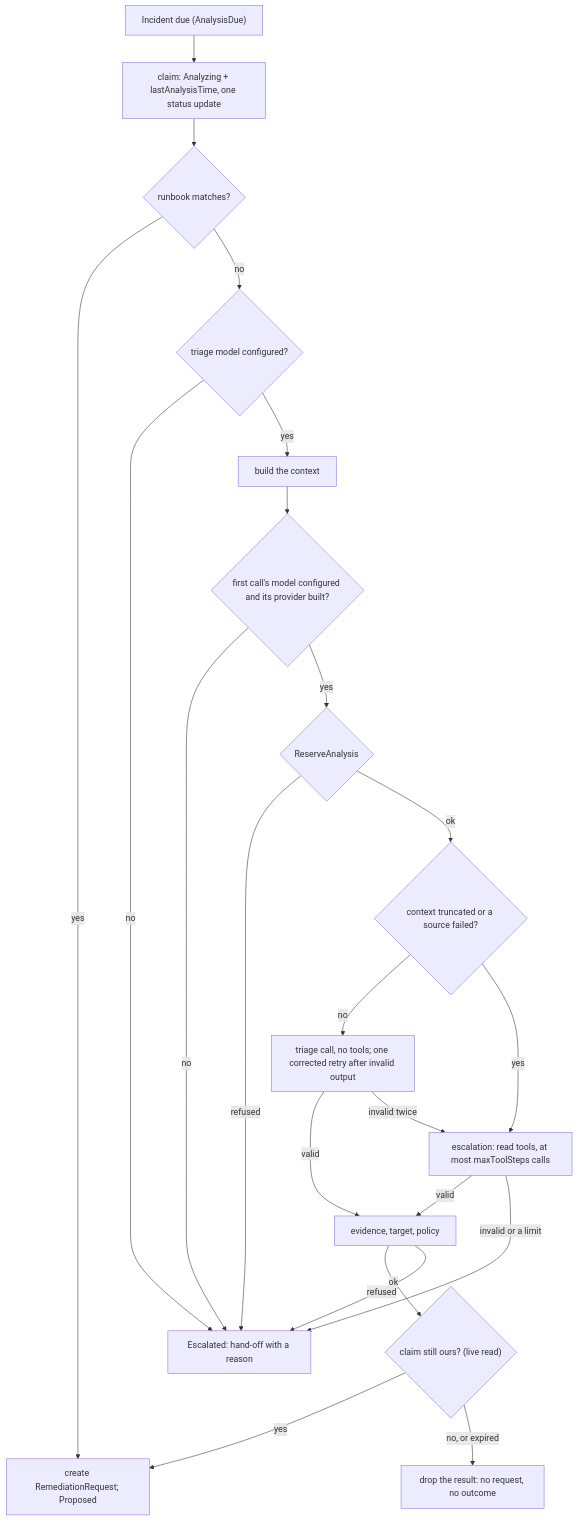
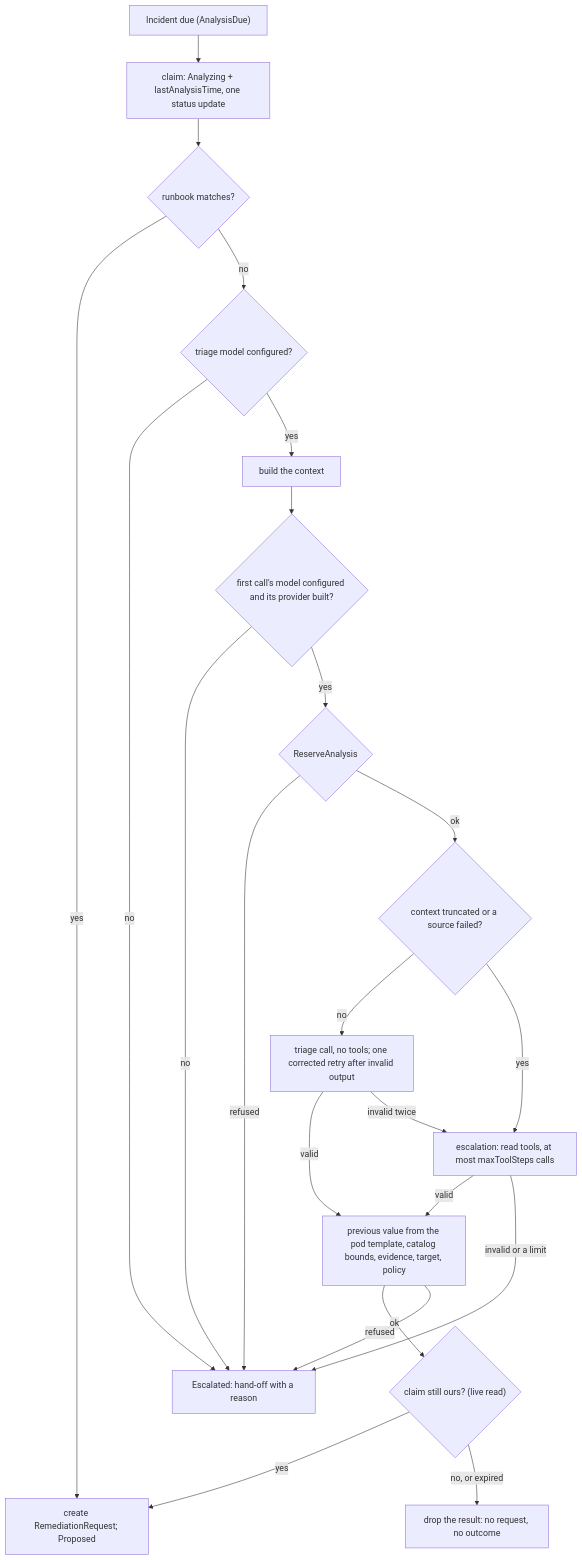
One commit to pkalin/shadewright changed the second of 2 diagrams in docs/design/3-observation-and-deduplication.md. Above: the diagram before and after it, drawn with Mermaid. The commit also changed other lines of this file and 25 other files, not shown here.

First line of the commit message:
fix(analyzer): take the previous memory limit from the pod template (#498)

````diff
--- a/docs/design/3-observation-and-deduplication.md
+++ b/docs/design/3-observation-and-deduplication.md
@@ -479,24 +480,24 @@
 ```mermaid
 flowchart TD
     due["Incident due (AnalysisDue)"] --> claim["claim: Analyzing + lastAnalysisTime, one status update"]
     claim --> rb{"runbook matches?"}
     rb -- yes --> plan
     rb -- no --> triage_cfg{"triage model configured?"}
     triage_cfg -- no --> handoff
     triage_cfg -- yes --> ctx["build the context"]
     ctx --> first{"first call's model configured and its provider built?"}
     first -- no --> handoff
     first -- yes --> budget{"ReserveAnalysis"}
     budget -- refused --> handoff
     budget -- ok --> signal{"context truncated or a source failed?"}
     signal -- no --> triage["triage call, no tools; one corrected retry after invalid output"]
     triage -- valid --> check
     triage -- invalid twice --> esc
     signal -- yes --> esc["escalation: read tools, at most maxToolSteps calls"]
-    esc -- valid --> check["evidence, target, policy"]
+    esc -- valid --> check["previous value from the pod template, catalog bounds, evidence, target, policy"]
     esc -- invalid or a limit --> handoff
     check -- ok --> recheck{"claim still ours? (live read)"}
     recheck -- yes --> plan["create RemediationRequest; Proposed"]
     recheck -- "no, or expired" --> drop["drop the result: no request, no outcome"]
     check -- refused --> handoff["Escalated: hand-off with a reason"]
 ```
````
